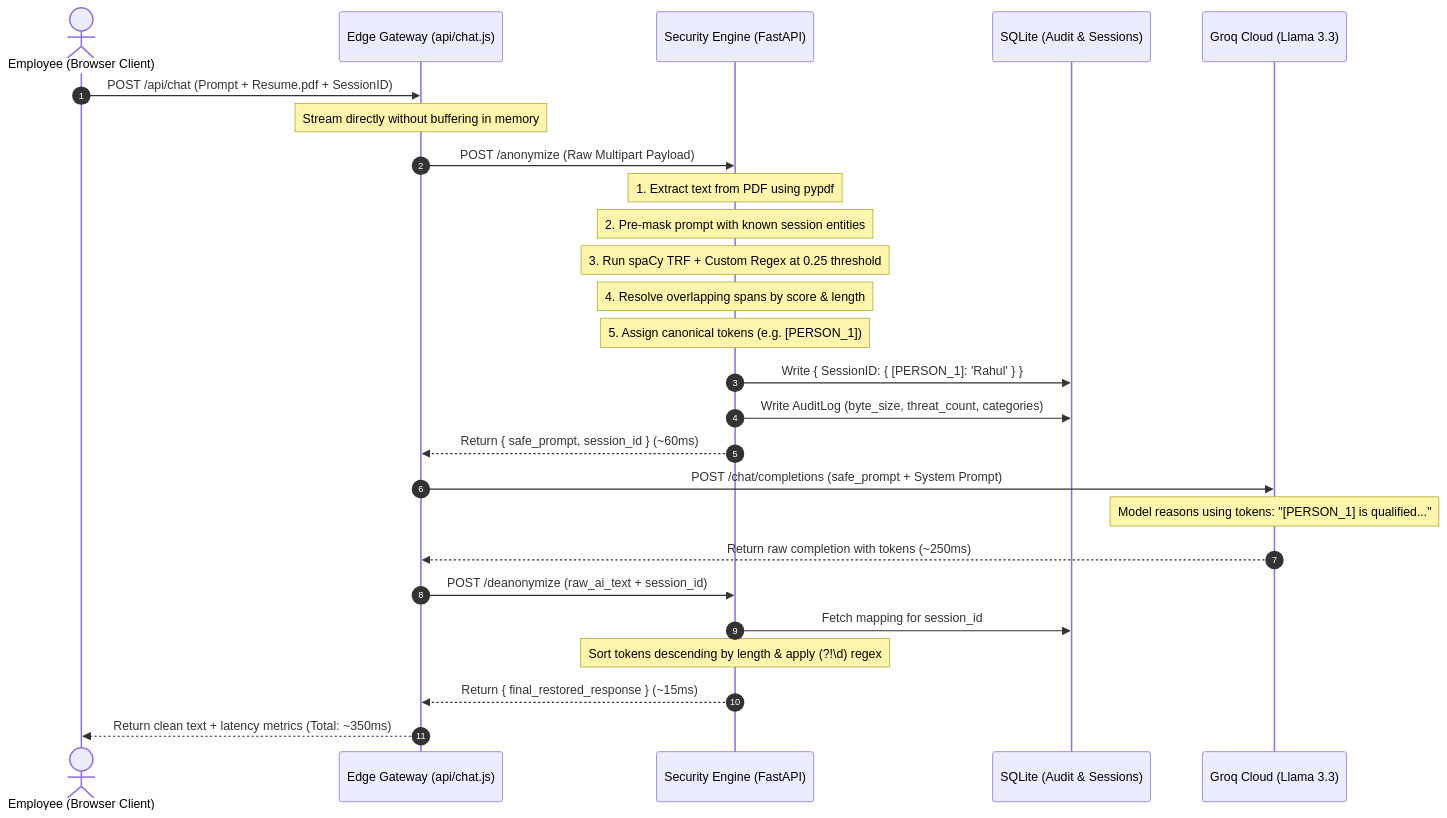
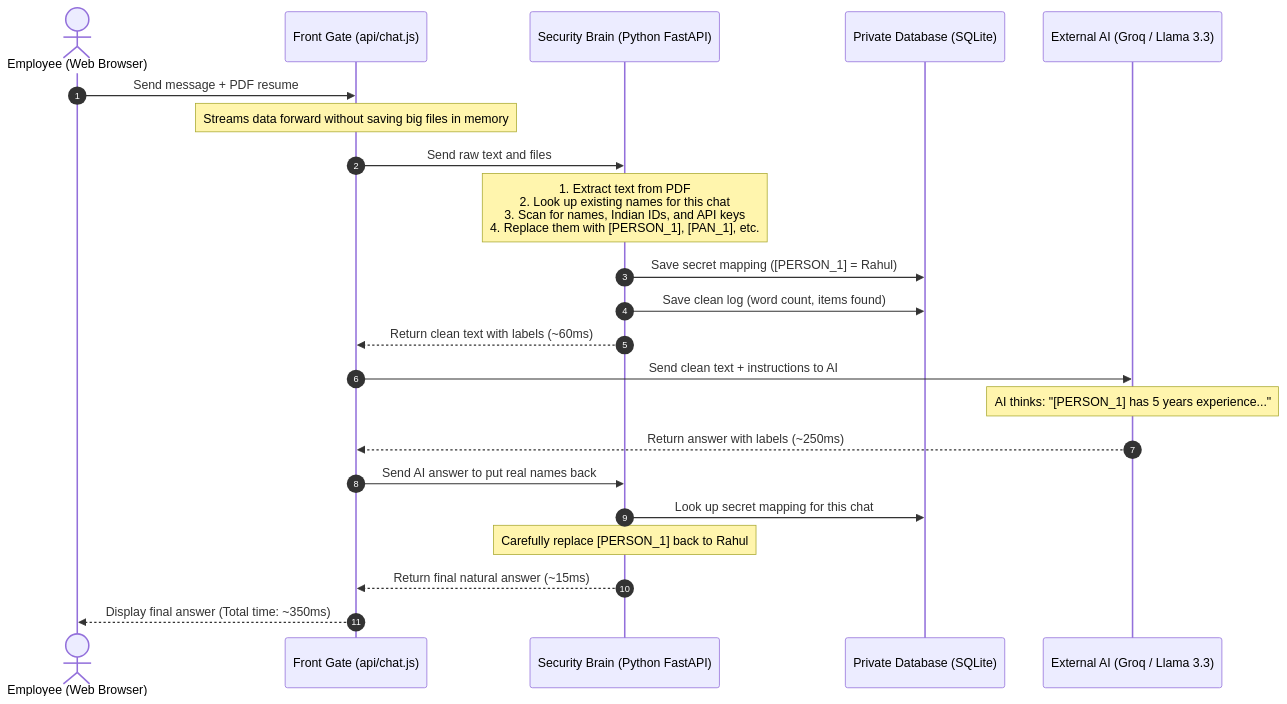
One commit to Pritam16345/cloak-API changed the second of 2 diagrams in PROJECT_EXPLANATION.md. Above: the diagram before and after it, drawn with Mermaid. The commit also changed other lines of this file, not shown here.

````diff
--- a/PROJECT_EXPLANATION.md
+++ b/PROJECT_EXPLANATION.md
@@ -218,34 +218,30 @@
 ```mermaid
 sequenceDiagram
     autonumber
-    actor User as Employee (Browser Client)
-    participant Edge as Edge Gateway (api/chat.js)
-    participant Engine as Security Engine (FastAPI)
-    participant DB as SQLite (Audit & Sessions)
-    participant LLM as Groq Cloud (Llama 3.3)
+    actor User as Employee (Web Browser)
+    participant Edge as Front Gate (api/chat.js)
+    participant Engine as Security Brain (Python FastAPI)
+    participant DB as Private Database (SQLite)
+    participant LLM as External AI (Groq / Llama 3.3)
 
-    User->>Edge: POST /api/chat (Prompt + Resume.pdf + SessionID)
-    Note over Edge: Stream directly without buffering in memory
+    User->>Edge: Send message + PDF resume
+    Note over Edge: Streams data forward without saving big files in memory
 
-    Edge->>Engine: POST /anonymize (Raw Multipart Payload)
-    Note over Engine: 1. Extract text from PDF using pypdf
-    Note over Engine: 2. Pre-mask prompt with known session entities
-    Note over Engine: 3. Run spaCy TRF + Custom Regex at 0.25 threshold
-    Note over Engine: 4. Resolve overlapping spans by score & length
-    Note over Engine: 5. Assign canonical tokens (e.g. [PERSON_1])
+    Edge->>Engine: Send raw text and files
+    Note over Engine: 1. Extract text from PDF<br/>2. Look up existing names for this chat<br/>3. Scan for names, Indian IDs, and API keys<br/>4. Replace them with [PERSON_1], [PAN_1], etc.
     
-    Engine->>DB: Write { SessionID: { [PERSON_1]: 'Rahul' } }
-    Engine->>DB: Write AuditLog (byte_size, threat_count, categories)
-    Engine-->>Edge: Return { safe_prompt, session_id } (~60ms)
+    Engine->>DB: Save secret mapping ([PERSON_1] = Rahul)
+    Engine->>DB: Save clean log (word count, items found)
+    Engine-->>Edge: Return clean text with labels (~60ms)
 
-    Edge->>LLM: POST /chat/completions (safe_prompt + System Prompt)
-    Note over LLM: Model reasons using tokens: "[PERSON_1] is qualified..."
-    LLM-->>Edge: Return raw completion with tokens (~250ms)
+    Edge->>LLM: Send clean text + instructions to AI
+    Note over LLM: AI thinks: "[PERSON_1] has 5 years experience..."
+    LLM-->>Edge: Return answer with labels (~250ms)
 
-    Edge->>Engine: POST /deanonymize (raw_ai_text + session_id)
-    Engine->>DB: Fetch mapping for session_id
-    Note over Engine: Sort tokens descending by length & apply (?!\d) regex
-    Engine-->>Edge: Return { final_restored_response } (~15ms)
+    Edge->>Engine: Send AI answer to put real names back
+    Engine->>DB: Look up secret mapping for this chat
+    Note over Engine: Carefully replace [PERSON_1] back to Rahul
+    Engine-->>Edge: Return final natural answer (~15ms)
 
-    Edge-->>User: Return clean text + latency metrics (Total: ~350ms)
+    Edge-->>User: Display final answer (Total time: ~350ms)
 ```
````
